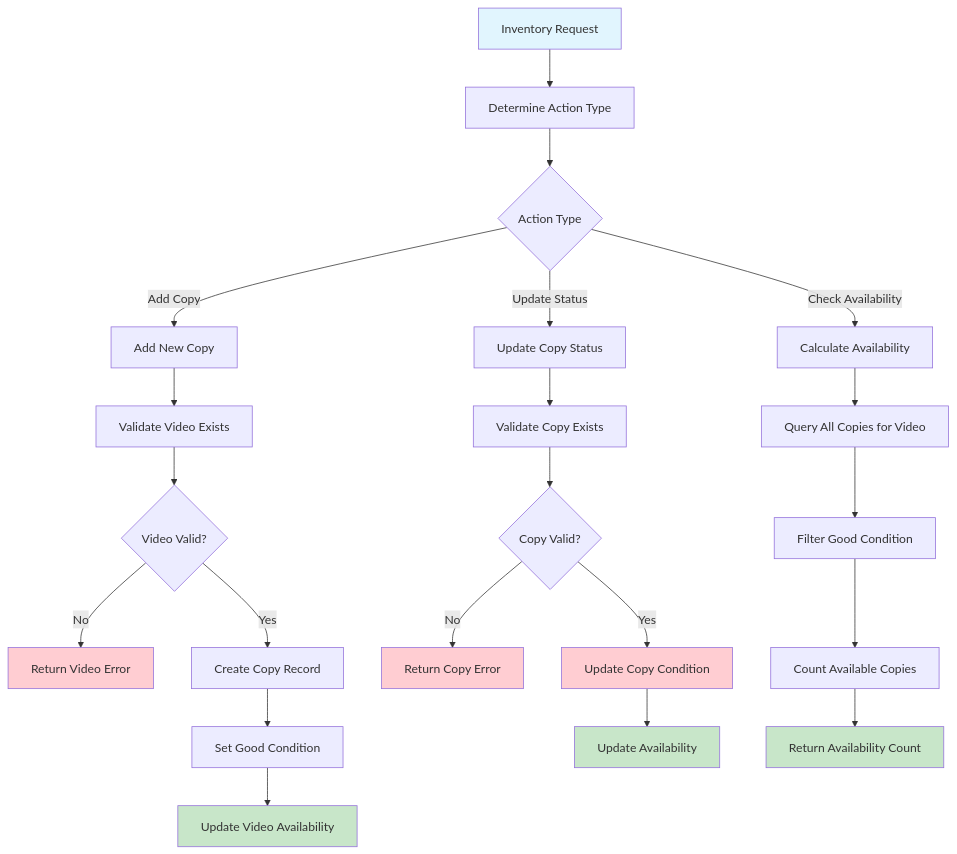
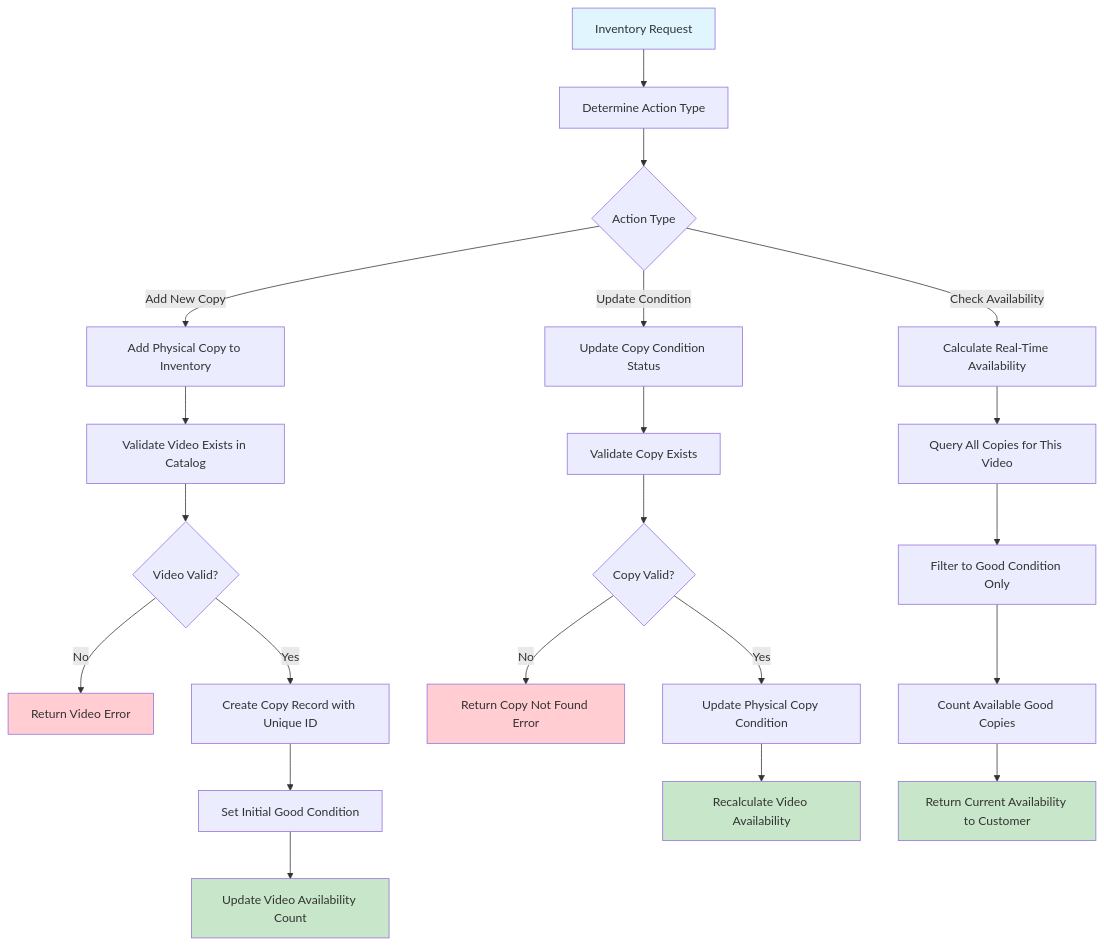
One commit to tiberius-s/video-rental-demo changed the diagram in diagrams/workflows/07-inventory-management-workflow.md. Above: the diagram before and after it, drawn with Mermaid. The commit also changed other lines of this file and 21 other files, not shown here.

````diff
--- a/diagrams/workflows/07-inventory-management-workflow.md
+++ b/diagrams/workflows/07-inventory-management-workflow.md
@@ -17,37 +36,36 @@
 ```mermaid
 flowchart TD
     A[Inventory Request] --> B[Determine Action Type]
     B --> C{Action Type}
-    C -->|Add Copy| D[Add New Copy]
-    C -->|Update Status| E[Update Copy Status]
-    C -->|Check Availability| F[Calculate Availability]
+    C -->|Add New Copy| D[Add Physical Copy to Inventory]
+    C -->|Update Condition| E[Update Copy Condition Status]
+    C -->|Check Availability| F[Calculate Real-Time Availability]
 
-    %% Add New Copy
-    D --> G[Validate Video Exists]
+    %% Add New Physical Copy
+    D --> G[Validate Video Exists in Catalog]
     G --> H{Video Valid?}
     H -->|No| I[Return Video Error]
-    H -->|Yes| J[Create Copy Record]
-    J --> K[Set Good Condition]
-    K --> L[Update Video Availability]
+    H -->|Yes| J[Create Copy Record with Unique ID]
+    J --> K[Set Initial Good Condition]
+    K --> L[Update Video Availability Count]
 
-    %% Update Copy Status
+    %% Update Copy Condition
     E --> M[Validate Copy Exists]
     M --> N{Copy Valid?}
-    N -->|No| O[Return Copy Error]
-    N -->|Yes| P[Update Copy Condition]
-    P --> Q[Update Availability]
+    N -->|No| O[Return Copy Not Found Error]
+    N -->|Yes| P[Update Physical Copy Condition]
+    P --> Q[Recalculate Video Availability]
 
-    %% Availability Calculation
-    F --> R[Query All Copies for Video]
-    R --> S[Filter Good Condition]
-    S --> T[Count Available Copies]
-    T --> U[Return Availability Count]
+    %% Real-Time Availability Calculation
+    F --> R[Query All Copies for This Video]
+    R --> S[Filter to Good Condition Only]
+    S --> T[Count Available Good Copies]
+    T --> U[Return Current Availability to Customer]
 
     style A fill:#e1f5fe
     style L fill:#c8e6c9
     style Q fill:#c8e6c9
     style U fill:#c8e6c9
     style I fill:#ffcdd2
     style O fill:#ffcdd2
-    style P fill:#ffcdd2
 ```
````
